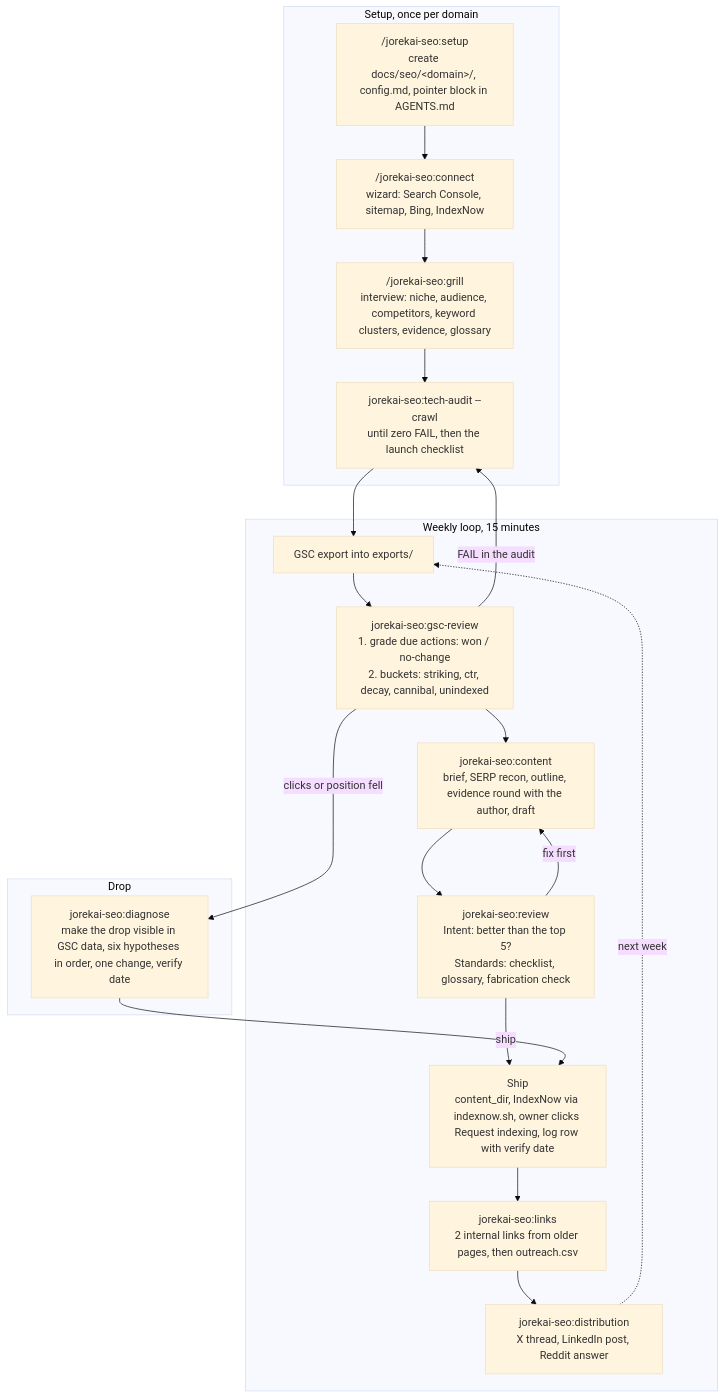
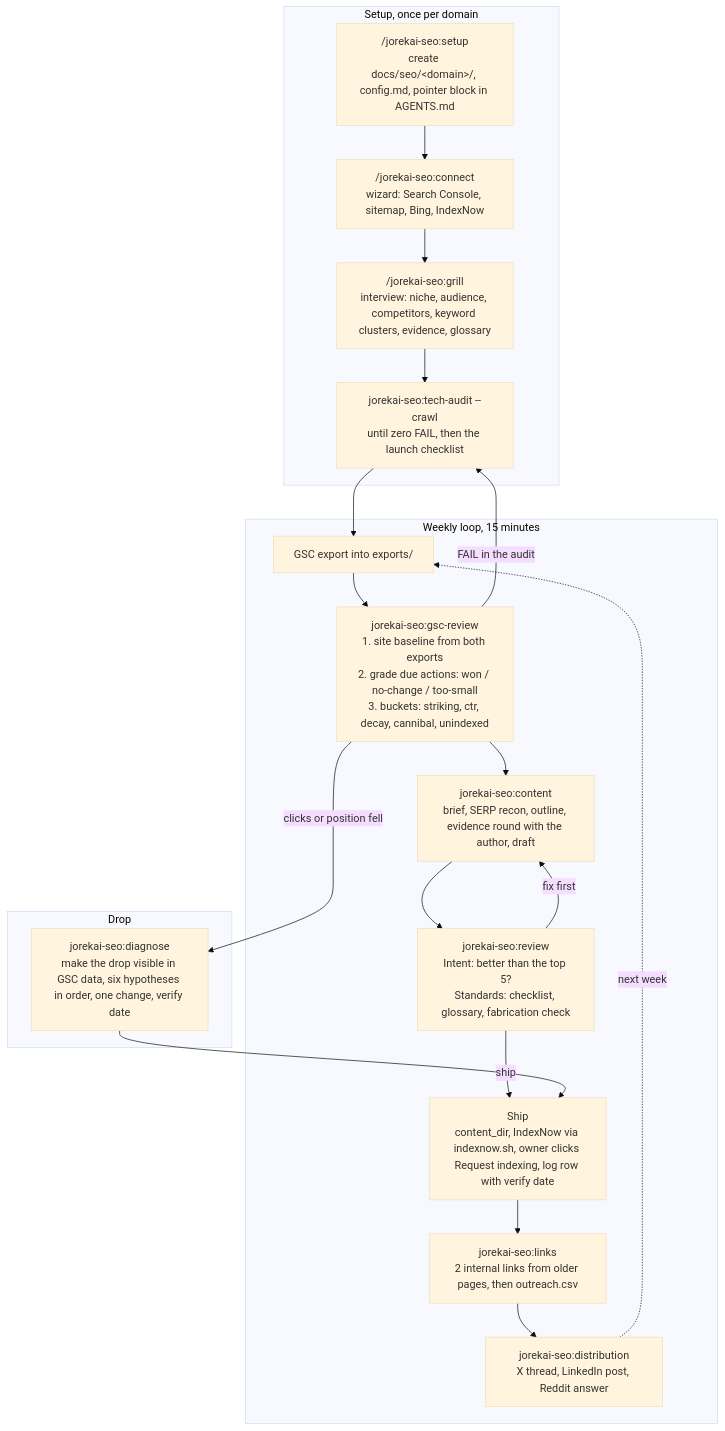
Before and after one commit to jorekai/jorekai-skills: the diagram in README.md, drawn with Mermaid (base theme). The commit also changed other lines of this file and 11 other files, not shown here.

````diff
--- a/README.md
+++ b/README.md
@@ -25,33 +25,33 @@
 ```mermaid
 flowchart TD
     subgraph E["Setup, once per domain"]
         S1["/jorekai-seo:setup<br/>create docs/seo/&lt;domain&gt;/, config.md, pointer block in AGENTS.md"]
         S2["/jorekai-seo:connect<br/>wizard: Search Console, sitemap, Bing, IndexNow"]
         S3["/jorekai-seo:grill<br/>interview: niche, audience, competitors, keyword clusters, evidence, glossary"]
         S4["jorekai-seo:tech-audit --crawl<br/>until zero FAIL, then the launch checklist"]
         S1 --> S2 --> S3 --> S4
     end
 
     subgraph W["Weekly loop, 15 minutes"]
         W0["GSC export into exports/"]
-        W1["jorekai-seo:gsc-review<br/>1. grade due actions: won / no-change<br/>2. buckets: striking, ctr, decay, cannibal, unindexed"]
+        W1["jorekai-seo:gsc-review<br/>1. site baseline from both exports<br/>2. grade due actions: won / no-change / too-small<br/>3. buckets: striking, ctr, decay, cannibal, unindexed"]
         W2["jorekai-seo:content<br/>brief, SERP recon, outline, evidence round with the author, draft"]
         W3["jorekai-seo:review<br/>Intent: better than the top 5?<br/>Standards: checklist, glossary, fabrication check"]
         W4["Ship<br/>content_dir, IndexNow via indexnow.sh, owner clicks Request indexing, log row with verify date"]
         W5["jorekai-seo:links<br/>2 internal links from older pages, then outreach.csv"]
         W6["jorekai-seo:distribution<br/>X thread, LinkedIn post, Reddit answer"]
         W0 --> W1 --> W2 --> W3
         W3 -- "fix first" --> W2
         W3 -- "ship" --> W4 --> W5 --> W6
         W6 -. "next week" .-> W0
     end
 
     subgraph D["Drop"]
         D1["jorekai-seo:diagnose<br/>make the drop visible in GSC data, six hypotheses in order, one change, verify date"]
     end
 
     S4 --> W0
     W1 -- "clicks or position fell" --> D1
     D1 --> W4
     W1 -- "FAIL in the audit" --> S4
 ```
````
